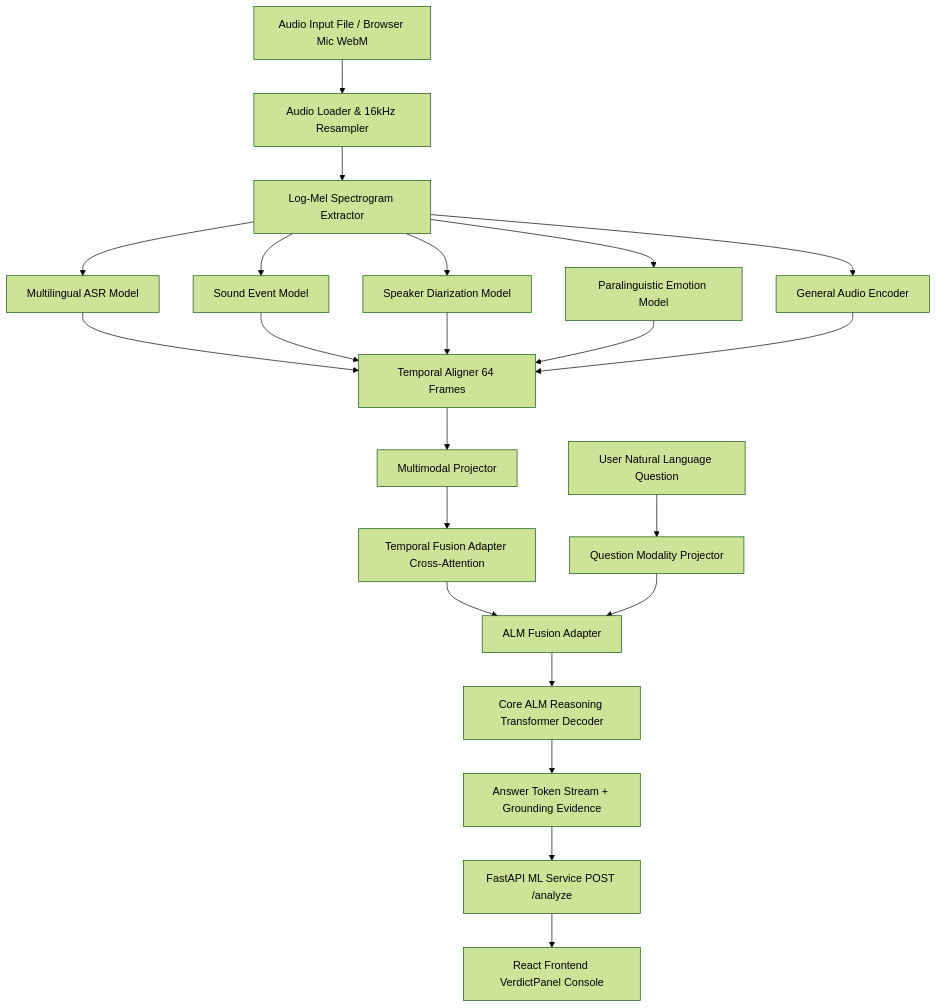
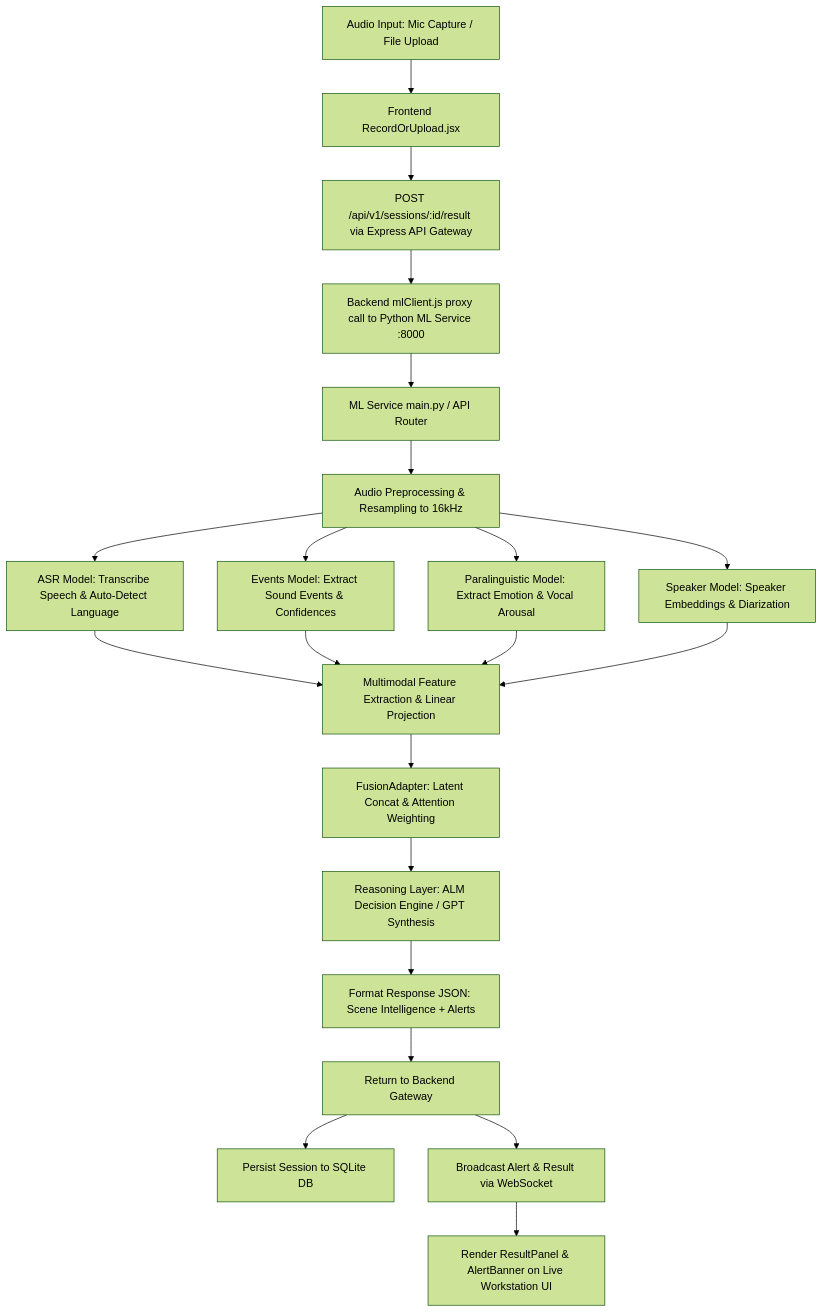
Before and after one commit to SANKETHEGADE/ALM-NHA: the second of 3 diagrams in README.md, drawn with Mermaid (forest theme). The commit also changed other lines of this file and 1 other file, not shown here.

````diff
--- a/README.md
+++ b/README.md
@@ -35,31 +122,26 @@
 ```mermaid
 flowchart TD
-    A[Audio Input File / Browser Mic WebM] --> B[Audio Loader & 16kHz Resampler]
-    B --> C[Log-Mel Spectrogram Extractor]
-
-    C --> D[Multilingual ASR Model]
-    C --> E[Sound Event Model]
-    C --> F[Speaker Diarization Model]
-    C --> G[Paralinguistic Emotion Model]
-    C --> H[General Audio Encoder]
-
-    D --> I[Temporal Aligner 64 Frames]
-    E --> I
-    F --> I
-    G --> I
-    H --> I
-
-    I --> J[Multimodal Projector]
-    J --> K[Temporal Fusion Adapter Cross-Attention]
-
-    Q[User Natural Language Question] --> L[Question Modality Projector]
-
-    K --> M[ALM Fusion Adapter]
-    L --> M
-
-    M --> N[Core ALM Reasoning Transformer Decoder]
-    N --> O[Answer Token Stream + Grounding Evidence]
-
-    O --> P[FastAPI ML Service POST /analyze]
-    P --> R[React Frontend VerdictPanel Console]
+    A[Audio Input: Mic Capture / File Upload] --> B[Frontend RecordOrUpload.jsx]
+    B --> C[POST /api/v1/sessions/:id/result via Express API Gateway]
+    C --> D[Backend mlClient.js proxy call to Python ML Service :8000]
+    D --> E[ML Service main.py / API Router]
+    E --> F[Audio Preprocessing & Resampling to 16kHz]
+    
+    F --> G1[ASR Model: Transcribe Speech & Auto-Detect Language]
+    F --> G2[Events Model: Extract Sound Events & Confidences]
+    F --> G3[Paralinguistic Model: Extract Emotion & Vocal Arousal]
+    F --> G4[Speaker Model: Speaker Embeddings & Diarization]
+    
+    G1 --> H[Multimodal Feature Extraction & Linear Projection]
+    G2 --> H
+    G3 --> H
+    G4 --> H
+    
+    H --> I[FusionAdapter: Latent Concat & Attention Weighting]
+    I --> J[Reasoning Layer: ALM Decision Engine / GPT Synthesis]
+    J --> K[Format Response JSON: Scene Intelligence + Alerts]
+    K --> L[Return to Backend Gateway]
+    L --> M[Persist Session to SQLite DB]
+    L --> N[Broadcast Alert & Result via WebSocket]
+    N --> O[Render ResultPanel & AlertBanner on Live Workstation UI]
 ```
````
